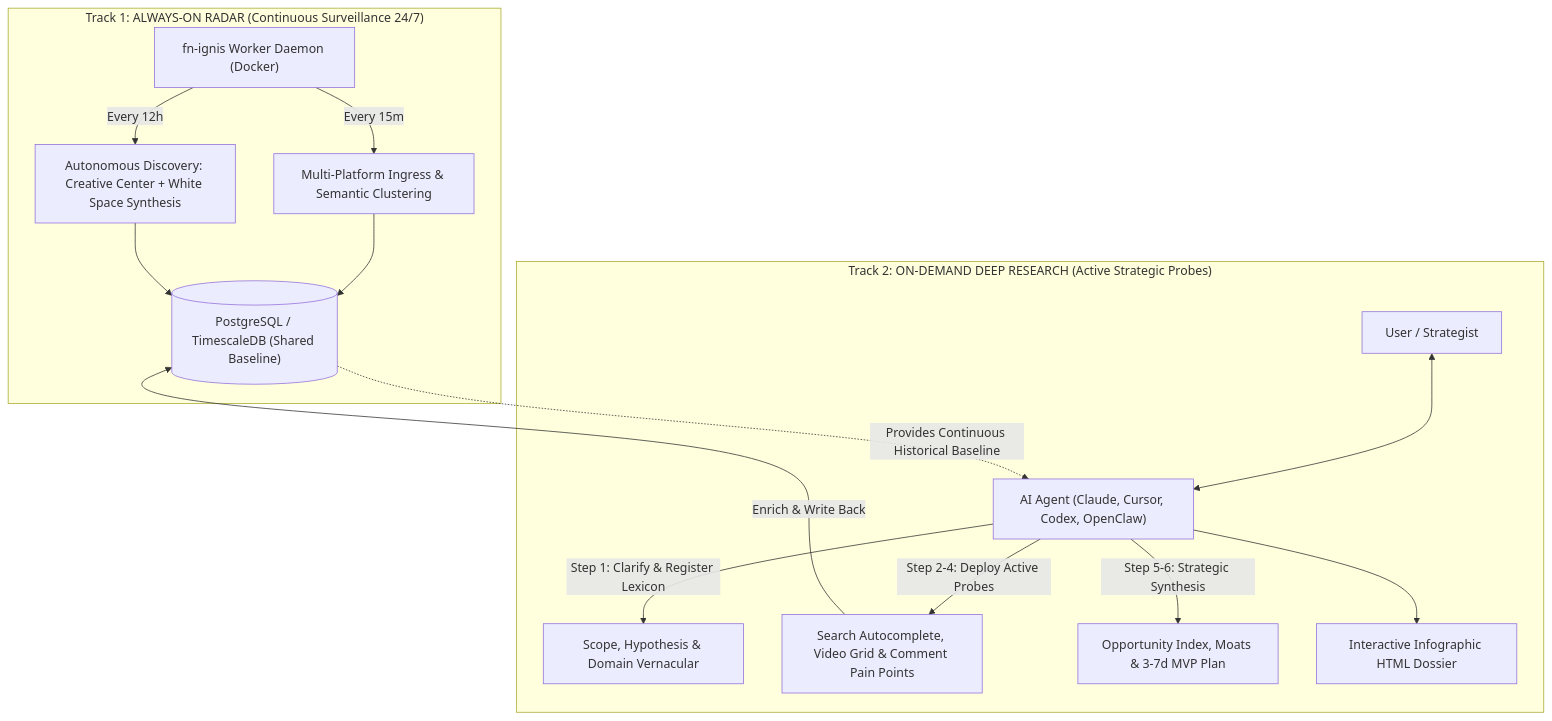
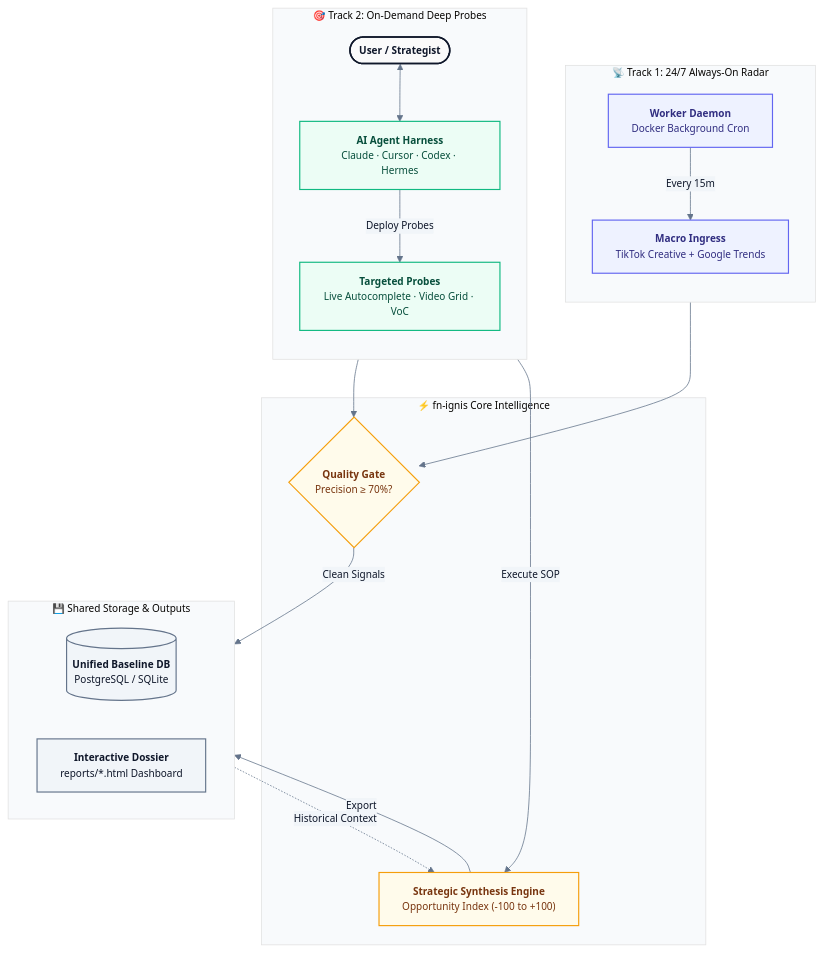
One commit to fioenix/fn-ignis changed the diagram in README.md. Above: the diagram before and after it, drawn with Mermaid. The commit also changed other lines of this file and 19 other files, not shown here.

First line of the commit message:
feat(connectors): implement Meta Ingress Engine with Threads OAuth 2.0 and Instagram Reels

````diff
--- a/README.md
+++ b/README.md
@@ -32,19 +42,52 @@
 ```mermaid
-flowchart TD
-    subgraph Track1["Track 1: ALWAYS-ON RADAR (Continuous Surveillance 24/7)"]
-        W["fn-ignis Worker Daemon (Docker)"] -->|Every 15m| E1["Multi-Platform Ingress & Semantic Clustering"]
-        W -->|Every 12h| E2["Autonomous Discovery: Creative Center + White Space Synthesis"]
-        E1 & E2 --> DB[("PostgreSQL / TimescaleDB (Shared Baseline)")]
+%%{init: {'theme': 'base', 'themeVariables': { 'fontFamily': 'ui-sans-serif, system-ui, sans-serif', 'fontSize': '13px', 'primaryColor': '#F8FAFC', 'primaryTextColor': '#0F172A', 'primaryBorderColor': '#CBD5E1', 'lineColor': '#64748B', 'secondaryColor': '#F1F5F9', 'tertiaryColor': '#F8FAFC'}}}%%
+flowchart TB
+    %% Inputs
+    subgraph T1["📡 Track 1: 24/7 Always-On Radar"]
+        direction TB
+        W["<b>Worker Daemon</b><br/>Docker Background Cron"]
+        P1["<b>Macro Ingress</b><br/>TikTok Creative + Google Trends"]
+        W -->|Every 15m| P1
     end
 
-    subgraph Track2["Track 2: ON-DEMAND DEEP RESEARCH (Active Strategic Probes)"]
-        User["User / Strategist"] <--> Agent["AI Agent (Claude, Cursor, Codex, OpenClaw)"]
-        Agent -->|Step 1: Clarify & Register Lexicon| S1["Scope, Hypothesis & Domain Vernacular"]
-        Agent -->|Step 2-4: Deploy Active Probes| S2["Search Autocomplete, Video Grid & Comment Pain Points"]
-        Agent -->|Step 5-6: Strategic Synthesis| S3["Opportunity Index, Moats & 3-7d MVP Plan"]
-        S2 -->|Enrich & Write Back| DB
-        Agent --> S4["Interactive Infographic HTML Dossier"]
+    subgraph T2["🎯 Track 2: On-Demand Deep Probes"]
+        direction TB
+        User(["<b>User / Strategist</b>"]) <--> Agent["<b>AI Agent Harness</b><br/>Claude · Cursor · Codex · Hermes"]
+        P2["<b>Targeted Probes</b><br/>Live Autocomplete · Video Grid · VoC"]
+        Agent -->|Deploy Probes| P2
     end
 
-    DB -.->|Provides Continuous Historical Baseline| Agent
+    %% Engine & Gate
+    subgraph Core["⚡ fn-ignis Core Intelligence"]
+        QGate{"<b>Quality Gate</b><br/>Precision &ge; 70%?"}
+        Synth["<b>Strategic Synthesis Engine</b><br/>Opportunity Index (-100 to +100)"]
+    end
+
+    %% Persistence & Outputs
+    subgraph Storage["💾 Shared Storage & Outputs"]
+        direction LR
+        DB[("<b>Unified Baseline DB</b><br/>PostgreSQL / SQLite")]
+        Artifact["<b>Interactive Dossier</b><br/>reports/*.html Dashboard"]
+    end
+
+    %% Cross connections
+    P1 --> QGate
+    P2 --> QGate
+    QGate -->|Clean Signals| DB
+    DB -.->|Historical Context| Synth
+    Agent -->|Execute SOP| Synth
+    Synth -->|Export| Artifact
+
+    %% Styling classes
+    classDef radar fill:#EEF2FF,stroke:#6366F1,stroke-width:1.5px,color:#312E81;
+    classDef probe fill:#ECFDF5,stroke:#10B981,stroke-width:1.5px,color:#064E3B;
+    classDef core fill:#FFFBEB,stroke:#F59E0B,stroke-width:1.5px,color:#78350F;
+    classDef storage fill:#F1F5F9,stroke:#64748B,stroke-width:1.5px,color:#0F172A;
+    classDef highlight fill:#FAFAFA,stroke:#0F172A,stroke-width:2px,color:#0F172A;
+
+    class W,P1 radar;
+    class Agent,P2 probe;
+    class QGate,Synth core;
+    class DB,Artifact storage;
+    class User highlight;
 ```
````
